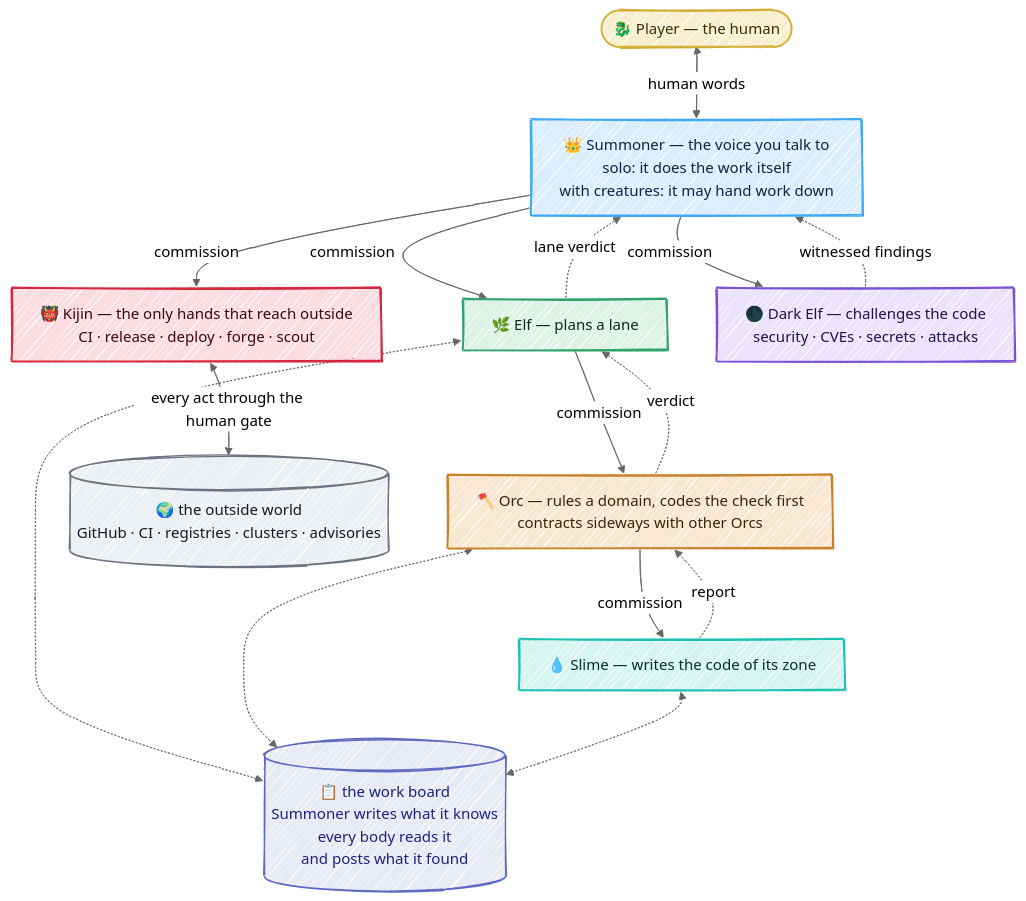
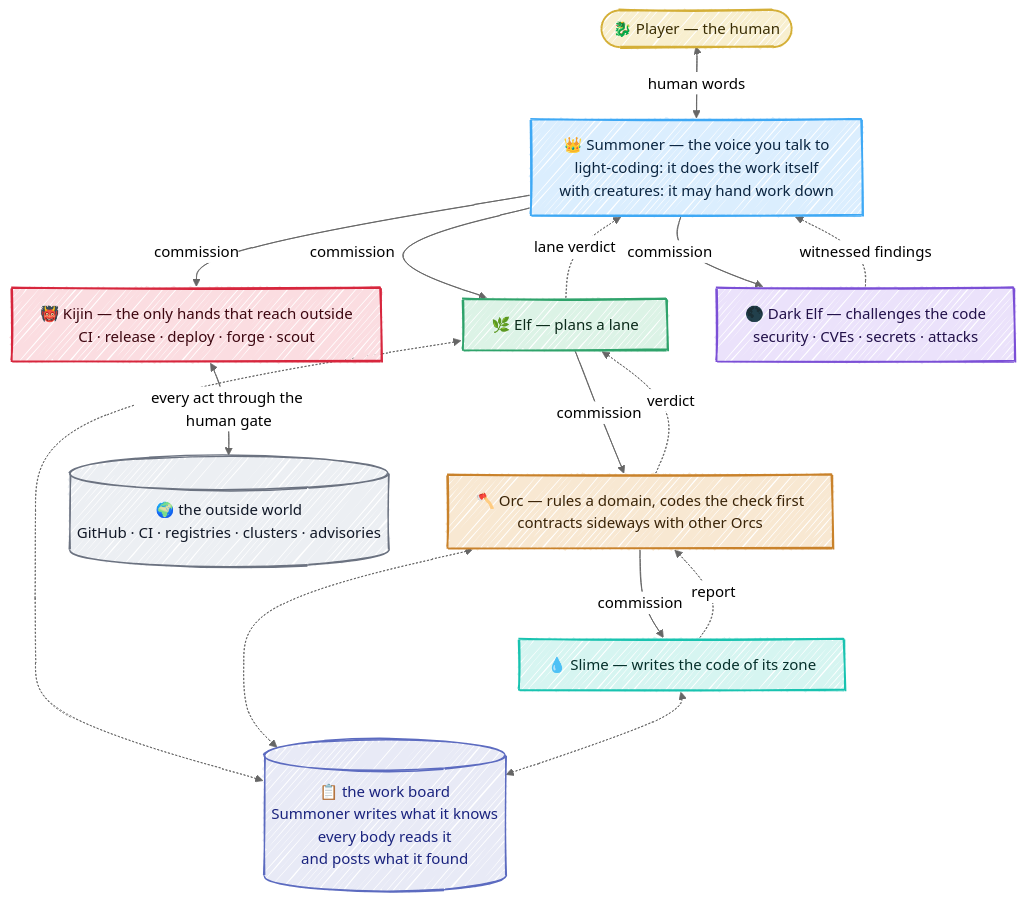
Before and after one commit to Kaginari/mnemorph: the first of 2 diagrams in docs/01-overview.md, drawn with Mermaid. The commit also changed other lines of this file and 16 other files, not shown here.

First line of the commit message:
the book says light-coding, structured-coding and collective-coding

````diff
--- a/docs/01-overview.md
+++ b/docs/01-overview.md
@@ -15,50 +15,50 @@
 ```mermaid
 ---
 config:
   look: handDrawn
   theme: neutral
   flowchart:
     wrappingWidth: 360
 ---
 flowchart TD
     V(["🐉 Player — the human"])
-    R["👑 Summoner — the voice you talk to<br/>solo: it does the work itself<br/>with creatures: it may hand work down"]
+    R["👑 Summoner — the voice you talk to<br/>light-coding: it does the work itself<br/>with creatures: it may hand work down"]
     E["🌿 Elf — plans a lane"]
     O["🪓 Orc — rules a domain, codes the check first<br/>contracts sideways with other Orcs"]
     S["💧 Slime — writes the code of its zone"]
     B[("📋 the work board<br/>Summoner writes what it knows<br/>every body reads it<br/>and posts what it found")]
     K["👹 Kijin — the only hands that reach outside<br/>CI · release · deploy · forge · scout"]
     D["🌑 Dark Elf — challenges the code<br/>security · CVEs · secrets · attacks"]
     OUT[("🌍 the outside world<br/>GitHub · CI · registries · clusters · advisories")]
 
     V <-->|human words| R
     R -->|commission| E
     E -->|commission| O
     O -->|commission| S
     R -->|commission| K
     R -->|commission| D
     K <-->|every act through the human gate| OUT
     D -.->|witnessed findings| R
     S -.->|report| O -.->|verdict| E -.->|lane verdict| R
     E <-.-> B
     O <-.-> B
     S <-.-> B
     classDef human fill:#f8efcf,stroke:#D4AF37,stroke-width:2px,color:#3a2e05
     class V human
     classDef throne fill:#dbeefe,stroke:#3FA9F5,stroke-width:2px,color:#0b2540
     class R throne
     classDef elf fill:#dcf3e6,stroke:#2FA36B,stroke-width:2px,color:#0b2a1a
     class E elf
     classDef orc fill:#f8e8d2,stroke:#C9822B,stroke-width:2px,color:#3a2408
     class O orc
     classDef slime fill:#d6f5f1,stroke:#19C3B0,stroke-width:2px,color:#06302b
     class S slime
     classDef kijin fill:#fbdde1,stroke:#D7263D,stroke-width:2px,color:#3d0710
     class K kijin
     classDef dark fill:#ebe2fb,stroke:#7B4FD6,stroke-width:2px,color:#22114a
     class D dark
     classDef outside fill:#eceff3,stroke:#6b7280,stroke-width:1.5px,color:#111827
     class OUT outside
     classDef store fill:#e8eaf6,stroke:#5c6bc0,stroke-width:1.5px,color:#1a237e
     class B store
 ```
````
